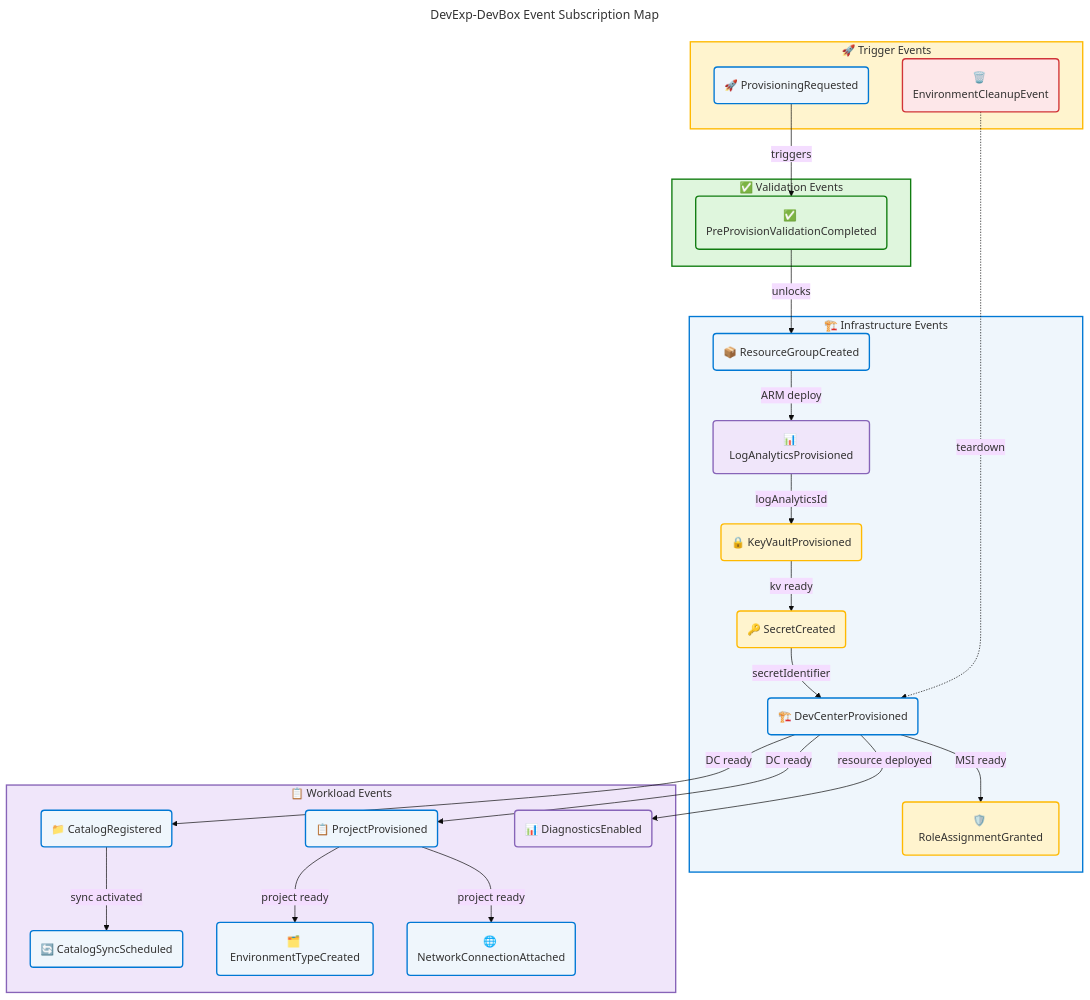
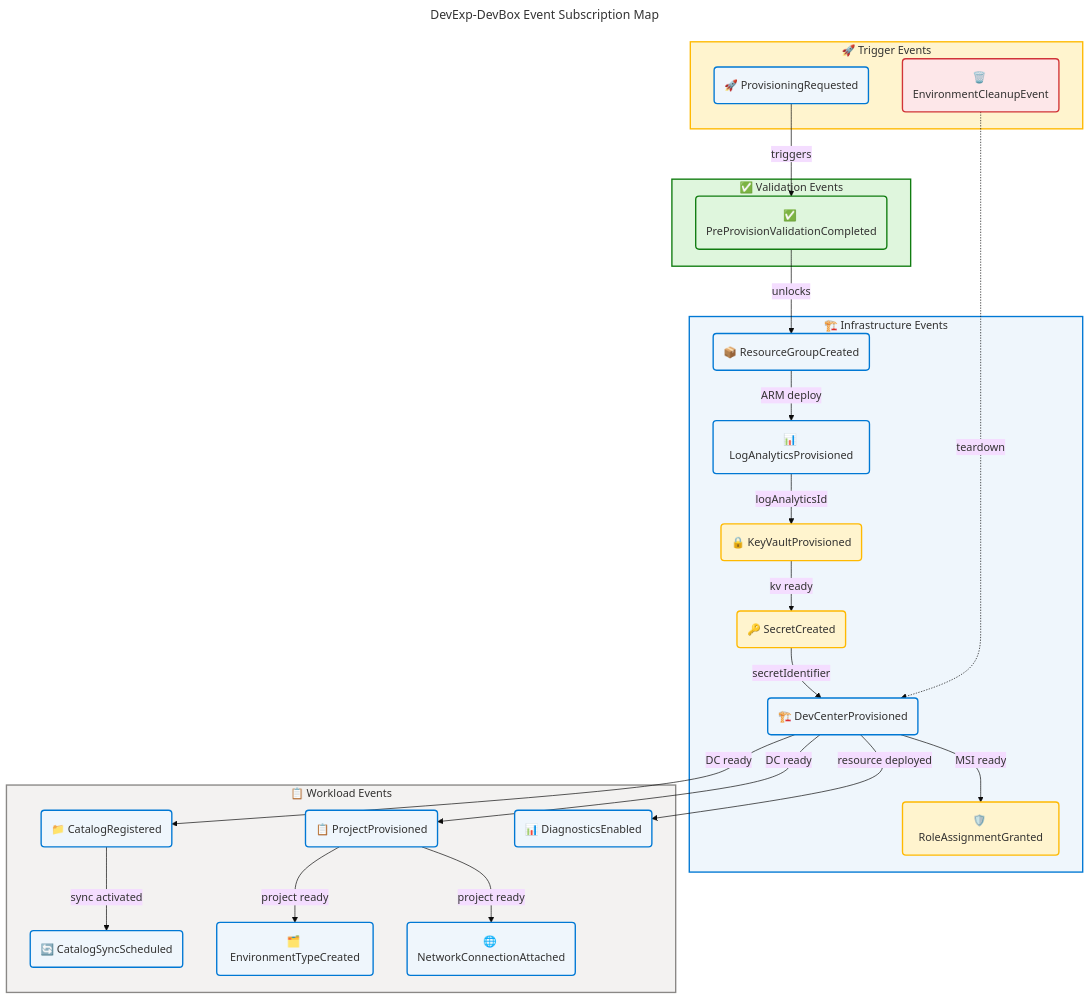
One commit to Evilazaro/DevExp-DevBox changed the seventh of 7 diagrams in docs/architecture/application-architecture.md. Above: the diagram before and after it, drawn with Mermaid. The commit also changed other lines of this file, not shown here.

Commit message:
refactor: Update Mermaid diagram styles for improved visual consistency in application architecture documentation

````diff
--- a/docs/architecture/application-architecture.md
+++ b/docs/architecture/application-architecture.md
@@ -1469,80 +1460,79 @@
 ```mermaid
 ---
 title: "DevExp-DevBox Event Subscription Map"
 config:
   theme: base
   look: classic
   layout: dagre
   themeVariables:
     fontSize: '16px'
   flowchart:
     htmlLabels: true
 ---
 flowchart TB
     accTitle: DevExp-DevBox Event Subscription Map
     accDescr: Lifecycle events and their propagation through the provisioning pipeline
 
 %% ═══════════════════════════════════════════════════════════════════════════
 %% AZURE / FLUENT ARCHITECTURE PATTERN v1.1
 %% (Semantic + Structural + Font + Accessibility Governance)
 %% ═══════════════════════════════════════════════════════════════════════════
 %% PHASE 1 - FLUENT UI: All styling uses approved Fluent UI palette only
 %% PHASE 2 - GROUPS: Every subgraph has semantic color via style directive
 %% PHASE 3 - COMPONENTS: Every node has semantic classDef + icon prefix
 %% PHASE 4 - ACCESSIBILITY: accTitle/accDescr present, WCAG AA contrast
 %% PHASE 5 - STANDARD: Governance block present, classDefs centralized
 %% ═══════════════════════════════════════════════════════════════════════════
 
     subgraph TriggerEvts["🚀 Trigger Events"]
         EvtPR("🚀 ProvisioningRequested"):::core
         EvtClean("🗑️ EnvironmentCleanupEvent"):::danger
     end
 
     subgraph ValidationEvts["✅ Validation Events"]
         EvtVal("✅ PreProvisionValidationCompleted"):::success
     end
 
     subgraph InfraEvts["🏗️ Infrastructure Events"]
         EvtRG("📦 ResourceGroupCreated"):::core
-        EvtLA("📊 LogAnalyticsProvisioned"):::data
+        EvtLA("📊 LogAnalyticsProvisioned"):::core
         EvtKV("🔒 KeyVaultProvisioned"):::warning
         EvtSec("🔑 SecretCreated"):::warning
         EvtDC("🏗️ DevCenterProvisioned"):::core
         EvtRBAC("🛡️ RoleAssignmentGranted"):::warning
     end
 
     subgraph WorkloadEvts["📋 Workload Events"]
         EvtCat("📁 CatalogRegistered"):::core
         EvtSync("🔄 CatalogSyncScheduled"):::core
         EvtProj("📋 ProjectProvisioned"):::core
         EvtEnv("🗂️ EnvironmentTypeCreated"):::core
         EvtNet("🌐 NetworkConnectionAttached"):::core
-        EvtDiag("📊 DiagnosticsEnabled"):::data
+        EvtDiag("📊 DiagnosticsEnabled"):::core
     end
 
     EvtPR -->|"triggers"| EvtVal
     EvtVal -->|"unlocks"| EvtRG
     EvtRG -->|"ARM deploy"| EvtLA
     EvtLA -->|"logAnalyticsId"| EvtKV
     EvtKV -->|"kv ready"| EvtSec
     EvtSec -->|"secretIdentifier"| EvtDC
     EvtDC -->|"MSI ready"| EvtRBAC
     EvtDC -->|"DC ready"| EvtCat
     EvtCat -->|"sync activated"| EvtSync
     EvtDC -->|"DC ready"| EvtProj
     EvtProj -->|"project ready"| EvtEnv
     EvtProj -->|"project ready"| EvtNet
     EvtDC -->|"resource deployed"| EvtDiag
     EvtClean -.->|"teardown"| EvtDC
 
     style TriggerEvts fill:#FFF4CE,stroke:#FFB900,stroke-width:2px,color:#323130
     style ValidationEvts fill:#DFF6DD,stroke:#107C10,stroke-width:2px,color:#323130
     style InfraEvts fill:#EFF6FC,stroke:#0078D4,stroke-width:2px,color:#323130
-    style WorkloadEvts fill:#F0E6FA,stroke:#8764B8,stroke-width:2px,color:#323130
+    style WorkloadEvts fill:#F3F2F1,stroke:#8A8886,stroke-width:2px,color:#323130
 
     classDef core fill:#EFF6FC,stroke:#0078D4,stroke-width:2px,color:#323130
     classDef success fill:#DFF6DD,stroke:#107C10,stroke-width:2px,color:#323130
     classDef warning fill:#FFF4CE,stroke:#FFB900,stroke-width:2px,color:#323130
     classDef danger fill:#FDE7E9,stroke:#D13438,stroke-width:2px,color:#323130
-    classDef data fill:#F0E6FA,stroke:#8764B8,stroke-width:2px,color:#323130
 ```
````
